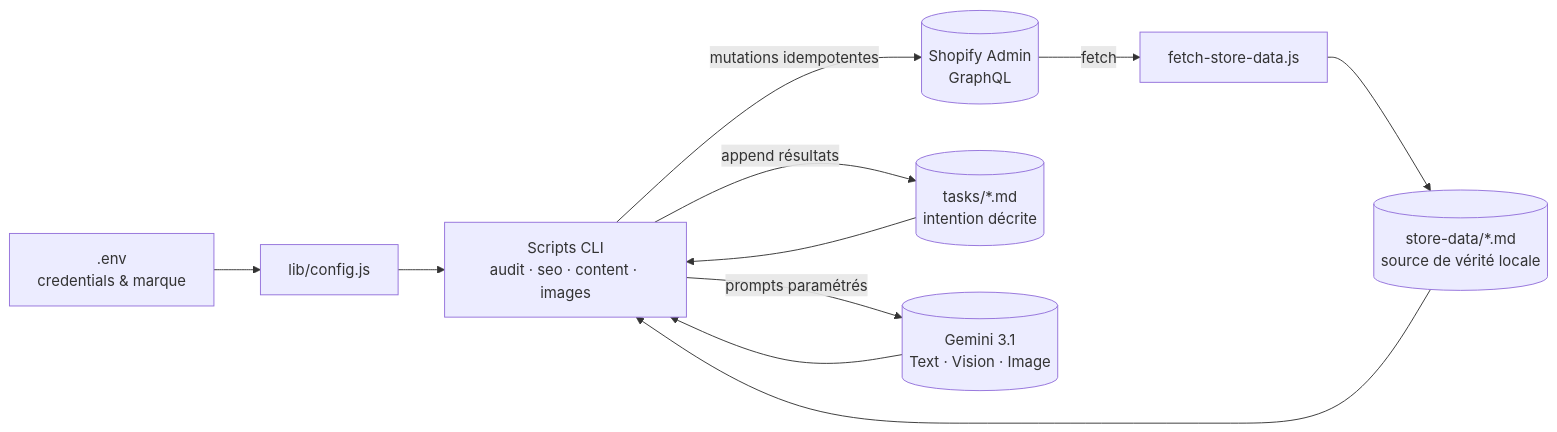
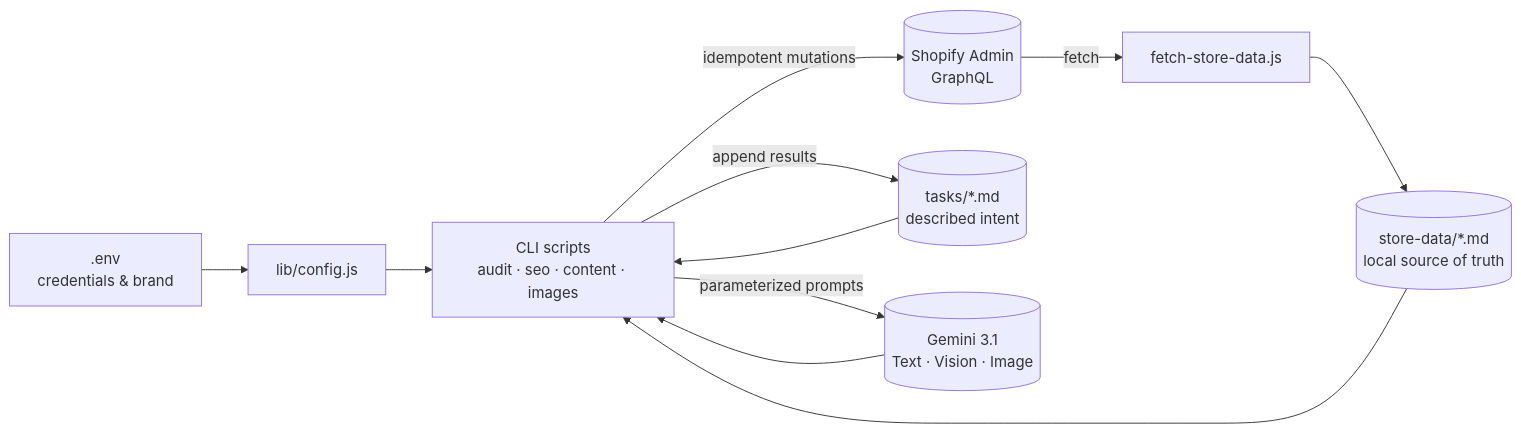
The diagram in README.md (djebar-rayan/shopify-automation-toolkit), drawn with Mermaid before and after one commit. The commit also changed other lines of this file and 75 other files, not shown here.

````diff
--- a/README.md
+++ b/README.md
@@ -28,13 +28,13 @@
 ```mermaid
 flowchart LR
-    ENV[".env<br/>credentials & marque"] --> CONFIG["lib/config.js"]
-    CONFIG --> CLI["Scripts CLI<br/>audit · seo · content · images"]
+    ENV[".env<br/>credentials & brand"] --> CONFIG["lib/config.js"]
+    CONFIG --> CLI["CLI scripts<br/>audit · seo · content · images"]
     SHOPIFY[("Shopify Admin<br/>GraphQL")] -->|fetch| FETCH["fetch-store-data.js"]
-    FETCH --> STORE_DATA[("store-data/*.md<br/>source de vérité locale")]
+    FETCH --> STORE_DATA[("store-data/*.md<br/>local source of truth")]
     STORE_DATA --> CLI
-    TASKS[("tasks/*.md<br/>intention décrite")] --> CLI
-    CLI -->|mutations idempotentes| SHOPIFY
-    CLI -->|prompts paramétrés| GEMINI[("Gemini 3.1<br/>Text · Vision · Image")]
+    TASKS[("tasks/*.md<br/>described intent")] --> CLI
+    CLI -->|idempotent mutations| SHOPIFY
+    CLI -->|parameterized prompts| GEMINI[("Gemini 3.1<br/>Text · Vision · Image")]
     GEMINI --> CLI
-    CLI -->|append résultats| TASKS
+    CLI -->|append results| TASKS
 ```
````
